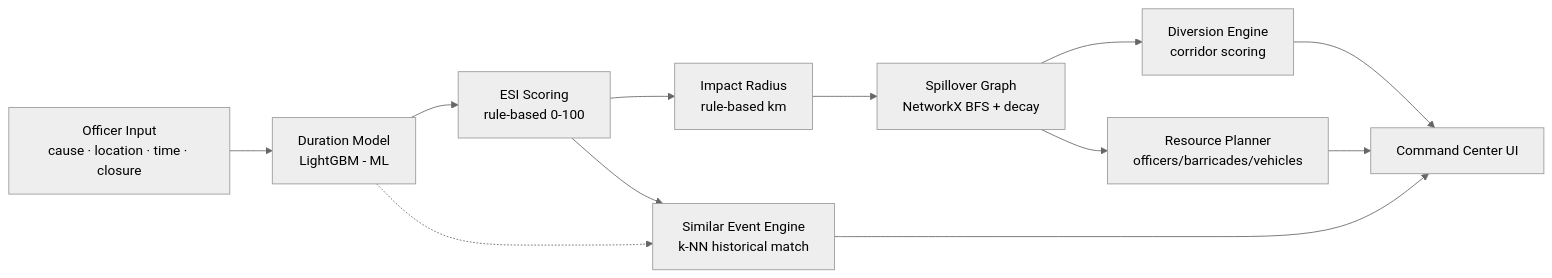
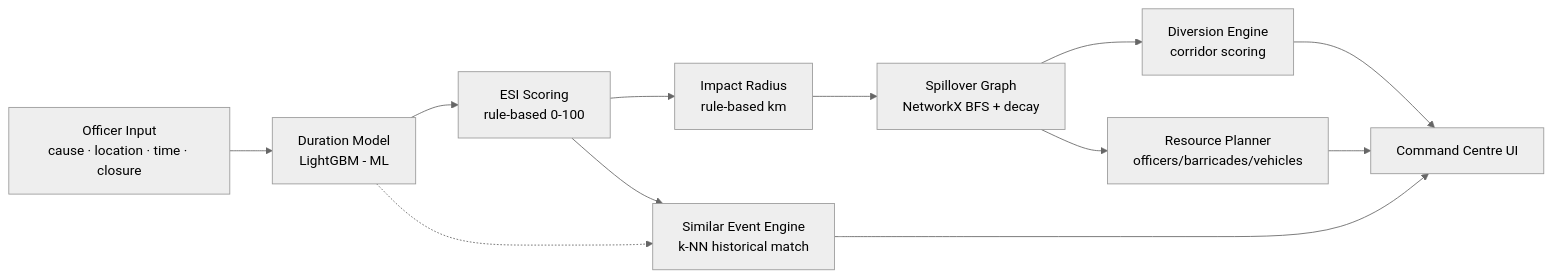
The first of 3 diagrams in README.md (mpatra193/Flipkart_gridlock_2.0), drawn with Mermaid (neutral theme) before and after one commit. The commit also changed other lines of this file and 22 other files, not shown here.

````diff
--- a/README.md
+++ b/README.md
@@ -70,14 +72,14 @@
 ```mermaid
 flowchart LR
     A[Officer Input<br/>cause · location · time · closure] --> B[Duration Model<br/>LightGBM - ML]
     B --> C[ESI Scoring<br/>rule-based 0-100]
     C --> D[Impact Radius<br/>rule-based km]
     D --> E[Spillover Graph<br/>NetworkX BFS + decay]
     E --> F[Diversion Engine<br/>corridor scoring]
     E --> G[Resource Planner<br/>officers/barricades/vehicles]
     B -.-> H[Similar Event Engine<br/>k-NN historical match]
     C --> H
-    F --> I[Command Center UI]
+    F --> I[Command Centre UI]
     G --> I
     H --> I
 ```
````
